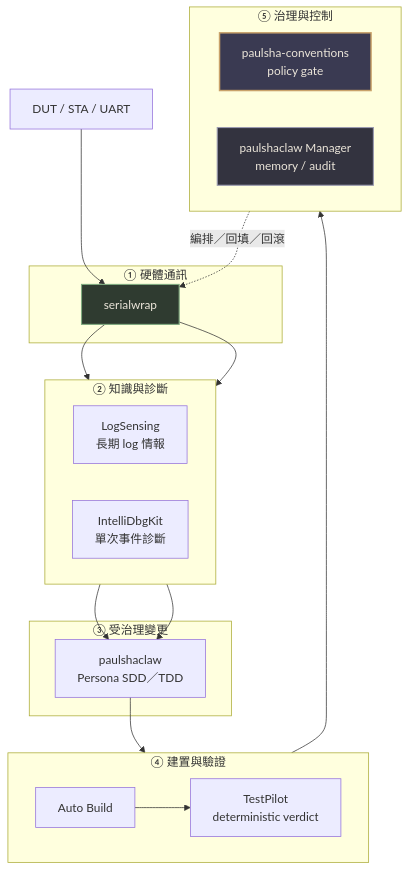
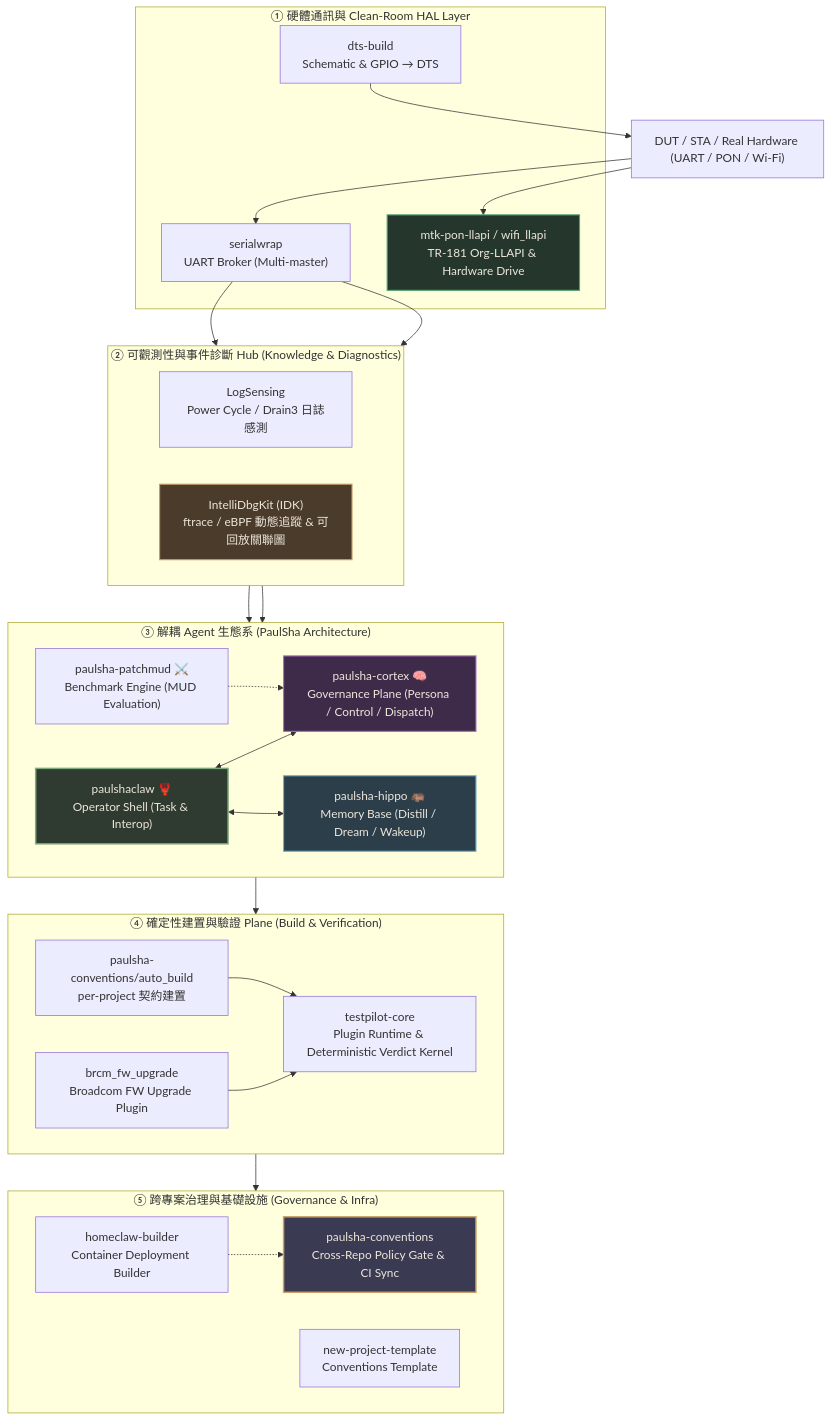
Before and after one commit to hamanpaul/hamanpaul: the first of 2 diagrams in README.md, drawn with Mermaid. The commit also changed other lines of this file, not shown here.

Commit message:
docs: revise profile README with comprehensive repository architecture analysis

````diff
--- a/README.md
+++ b/README.md
@@ -11,40 +13,61 @@
 ```mermaid
 flowchart TD
-    HW["DUT / STA / UART"]
+    HW["DUT / STA / Real Hardware (UART / PON / Wi-Fi)"]
 
-    subgraph P1["① 硬體通訊"]
-        SW["serialwrap"]
+    subgraph P1["① 硬體通訊與 Clean-Room HAL Layer"]
+        SW["serialwrap<br/>UART Broker (Multi-master)"]
+        HAL["mtk-pon-llapi / wifi_llapi<br/>TR-181 Org-LLAPI & Hardware Drive"]
+        DTS["dts-build<br/>Schematic & GPIO → DTS"]
     end
-    subgraph P2["② 知識與診斷"]
+
+    subgraph P2["② 可觀測性與事件診斷 Hub (Knowledge & Diagnostics)"]
         direction LR
-        LS["LogSensing<br/>長期 log 情報"]
-        IDK["IntelliDbgKit<br/>單次事件診斷"]
+        LS["LogSensing<br/>Power Cycle / Drain3 日誌感測"]
+        IDK["IntelliDbgKit (IDK)<br/>ftrace / eBPF 動態追蹤 & 可回放關聯圖"]
     end
-    subgraph P3["③ 受治理變更"]
-        SDD["paulshaclaw<br/>Persona SDD／TDD"]
+
+    subgraph P3["③ 解耦 Agent 生態系 (PaulSha Architecture)"]
+        direction LR
+        CLAW["paulshaclaw 🦞<br/>Operator Shell (Task & Interop)"]
+        HIPPO["paulsha-hippo 🦛<br/>Memory Base (Distill / Dream / Wakeup)"]
+        CORTEX["paulsha-cortex 🧠<br/>Governance Plane (Persona / Control / Dispatch)"]
+        MUD["paulsha-patchmud ⚔️<br/>Benchmark Engine (MUD Evaluation)"]
     end
-    subgraph P4["④ 建置與驗證"]
+
+    subgraph P4["④ 確定性建置與驗證 Plane (Build & Verification)"]
         direction LR
-        BUILD["Auto Build"]
-        TP["TestPilot<br/>deterministic verdict"]
+        BUILD["paulsha-conventions/auto_build<br/>per-project 契約建置"]
+        TP["testpilot-core<br/>Plugin Runtime & Deterministic Verdict Kernel"]
+        FW["brcm_fw_upgrade<br/>Broadcom FW Upgrade Plugin"]
     end
-    subgraph P5["⑤ 治理與控制"]
+
+    subgraph P5["⑤ 跨專案治理與基礎設施 (Governance & Infra)"]
         direction LR
-        GOV["paulsha-conventions<br/>policy gate"]
-        CTRL["paulshaclaw Manager<br/>memory / audit"]
+        GOV["paulsha-conventions<br/>Cross-Repo Policy Gate & CI Sync"]
+        TPL["new-project-template<br/>Conventions Template"]
+        HOME["homeclaw-builder<br/>Container Deployment Builder"]
     end
 
     HW --> SW
+    HW --> HAL
+    DTS --> HW
     SW --> LS
     SW --> IDK
-    LS --> SDD
-    IDK --> SDD
-    SDD --> BUILD
+    LS --> HIPPO
+    IDK --> CLAW
+    CLAW <--> CORTEX
+    CLAW <--> HIPPO
+    CORTEX --> BUILD
     BUILD --> TP
+    FW --> TP
     TP --> GOV
-    CTRL -.->|編排／回填／回滾| SW
+    MUD -.-> CORTEX
+    HOME -.-> GOV
 
     style GOV fill:#3a3a52,stroke:#c9a26a,stroke-width:2px,color:#ece6da
-    style CTRL fill:#33333f,stroke:#9a9ab0,stroke-width:1.5px,color:#ece6da
-    style SW fill:#2f3b30,stroke:#7faa7f,stroke-width:1.5px,color:#ece6da
+    style CLAW fill:#2f3b30,stroke:#7faa7f,stroke-width:2px,color:#ece6da
+    style HIPPO fill:#2b3e4a,stroke:#6ab0c9,stroke-width:1.5px,color:#ece6da
+    style CORTEX fill:#3e2b4a,stroke:#b06ac9,stroke-width:1.5px,color:#ece6da
+    style IDK fill:#4a3b2b,stroke:#c99a6a,stroke-width:1.5px,color:#ece6da
+    style HAL fill:#25372c,stroke:#55a370,stroke-width:1.5px,color:#ece6da
 ```
````
